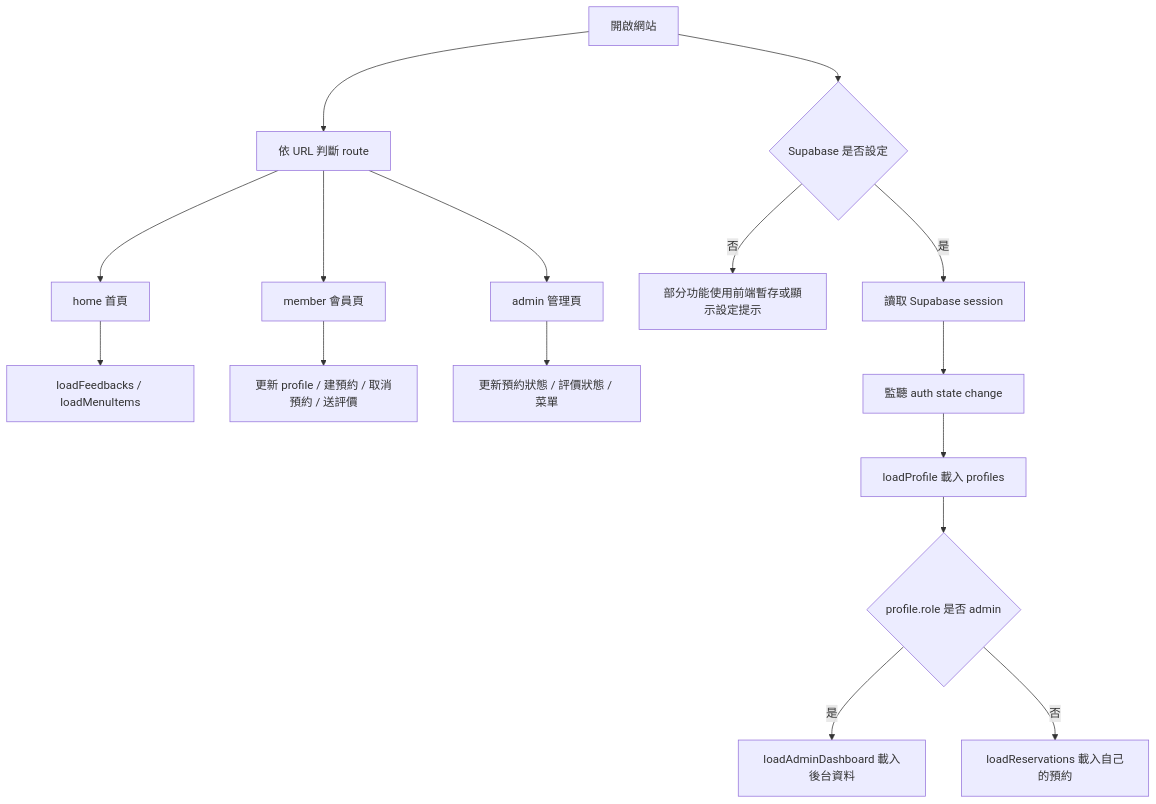
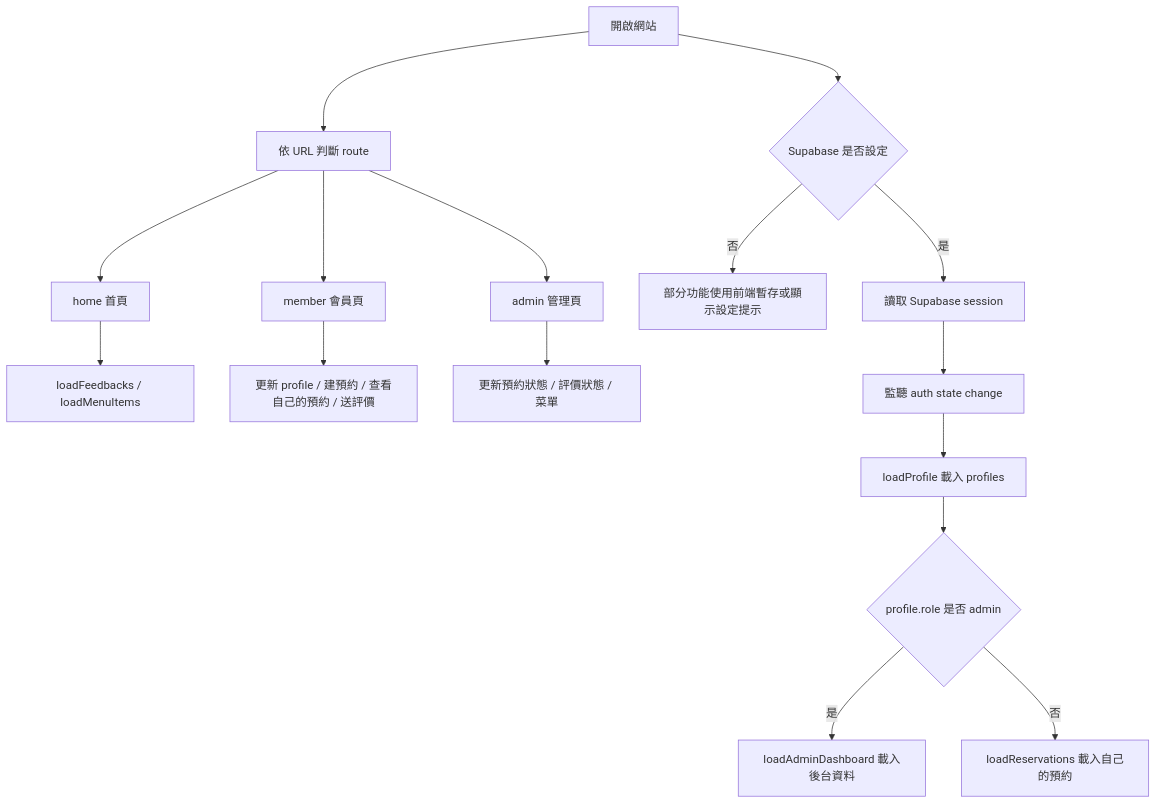
The second of 6 diagrams in docs/architecture-zh.md (XiaoXiang1998/pet-cafe-home), drawn with Mermaid before and after one commit. The commit also changed other lines of this file and 2 other files, not shown here.

Commit message:
docs: correct reservation cancellation flow

````diff
--- a/docs/architecture-zh.md
+++ b/docs/architecture-zh.md
@@ -50,20 +49,20 @@
 ```mermaid
 flowchart TD
   start[開啟網站] --> route[依 URL 判斷 route]
   route --> home[home 首頁]
   route --> member[member 會員頁]
   route --> admin[admin 管理頁]
 
   start --> config{Supabase 是否設定}
   config -- 否 --> localFallback[部分功能使用前端暫存或顯示設定提示]
   config -- 是 --> session[讀取 Supabase session]
   session --> authListener[監聽 auth state change]
   authListener --> profile[loadProfile 載入 profiles]
   profile --> role{profile.role 是否 admin}
   role -- 是 --> adminLoad[loadAdminDashboard 載入後台資料]
   role -- 否 --> memberData[loadReservations 載入自己的預約]
 
   home --> publicData[loadFeedbacks / loadMenuItems]
-  member --> actions[更新 profile / 建預約 / 取消預約 / 送評價]
+  member --> actions[更新 profile / 建預約 / 查看自己的預約 / 送評價]
   admin --> adminActions[更新預約狀態 / 評價狀態 / 菜單]
 ```
````
